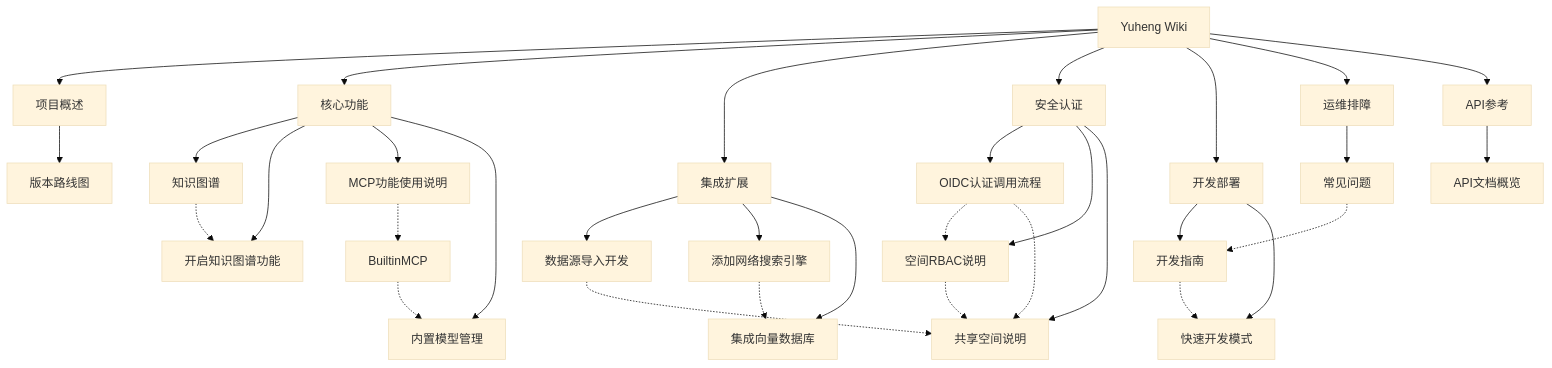
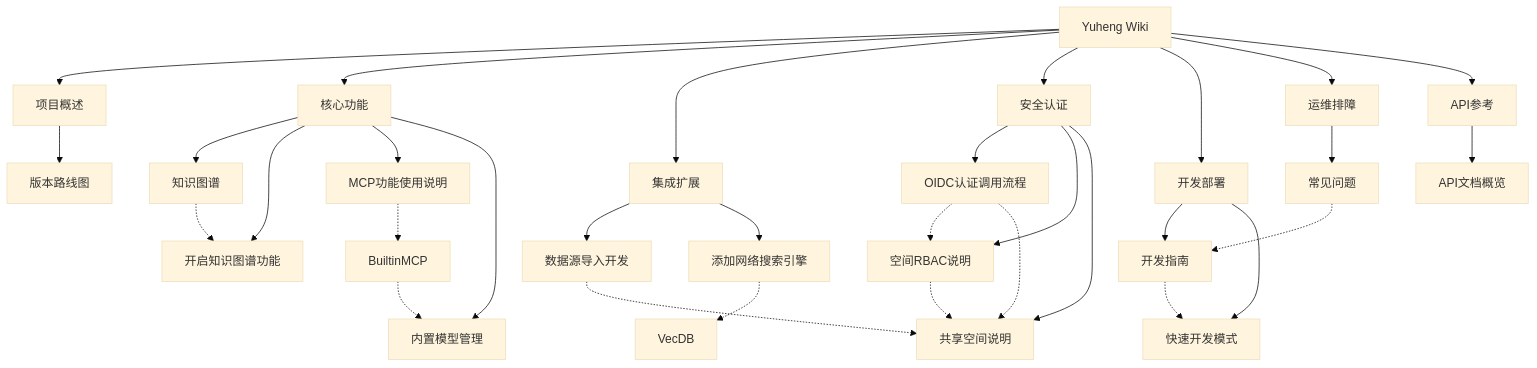
Before and after one commit to magicyuan876/Yuheng: the diagram in docs/wiki/Home.md, drawn with Mermaid (base theme). The commit also changed other lines of this file and 37 other files, not shown here.

````diff
--- a/docs/wiki/Home.md
+++ b/docs/wiki/Home.md
@@ -67,44 +66,43 @@
 ```mermaid
 graph TB
     Home[Yuheng Wiki]
     Home --> 项目概述
     Home --> 核心功能
     Home --> 集成扩展
     Home --> 安全认证
     Home --> 开发部署
     Home --> 运维排障
     Home --> API参考
 
     项目概述 --> ROADMAP[版本路线图]
 
     核心功能 --> KG[知识图谱]
     核心功能 --> KGSetup[开启知识图谱功能]
     核心功能 --> MCP[MCP功能使用说明]
     核心功能 --> BuiltinModel[内置模型管理]
 
     集成扩展 --> DS[数据源导入开发]
     集成扩展 --> WebSearch[添加网络搜索引擎]
-    集成扩展 --> VecDB[集成向量数据库]
 
     安全认证 --> OIDC[OIDC认证调用流程]
     安全认证 --> RBAC[空间RBAC说明]
     安全认证 --> SharedSpace[共享空间说明]
 
     开发部署 --> DevGuide[开发指南]
     开发部署 --> QuickDev[快速开发模式]
 
     运维排障 --> FAQ[常见问题]
 
     API参考 --> APIOverview[API文档概览]
 
     KG -.-> KGSetup
     MCP -.-> BuiltinMCP
     BuiltinMCP -.-> BuiltinModel
     DS -.-> SharedSpace
     OIDC -.-> RBAC
     RBAC -.-> SharedSpace
     OIDC -.-> SharedSpace
     WebSearch -.-> VecDB
     DevGuide -.-> QuickDev
     FAQ -.-> DevGuide
 ```
````
